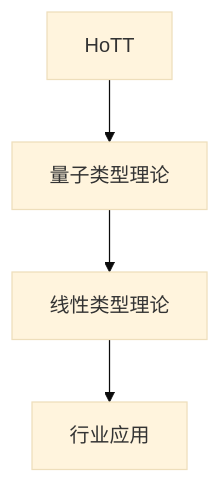
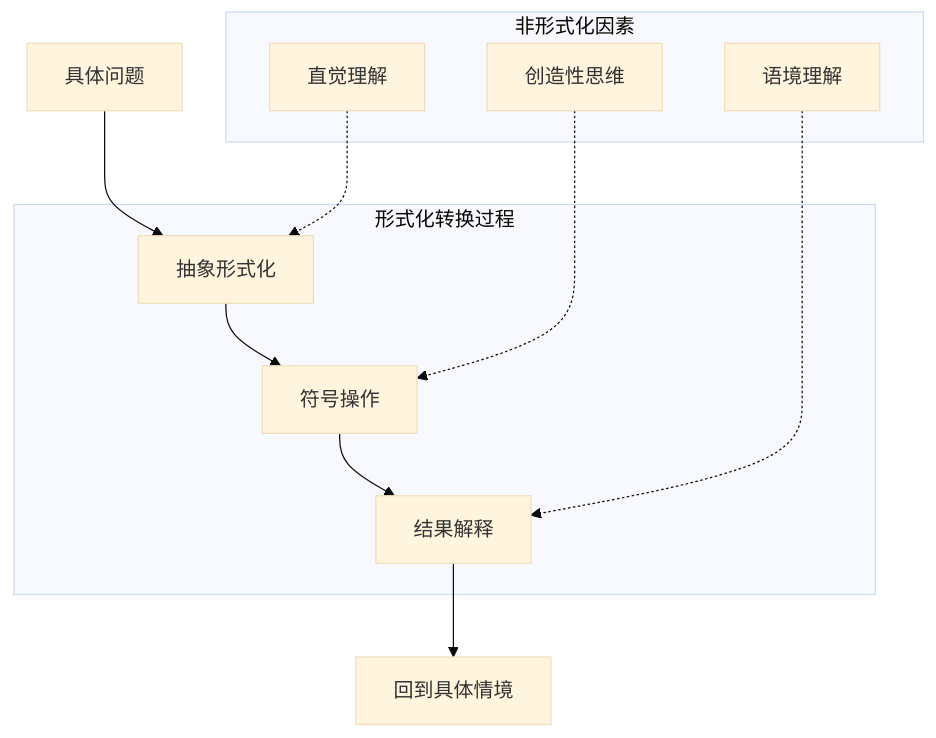
One commit to AdaMartin18010/Lean changed the first of 4 diagrams in analysis/1-形式化理论/1.x-其他形式化主题.md. Above: the diagram before and after it, drawn with Mermaid (base theme). The commit also changed other lines of this file and 20 other files, not shown here.

````diff
--- a/analysis/1-形式化理论/1.x-其他形式化主题.md
+++ b/analysis/1-形式化理论/1.x-其他形式化主题.md
@@ -54,6 +57,23 @@
 ```mermaid
 graph TD
-  A[HoTT] --> B[量子类型理论]
-  B --> C[线性类型理论]
-  C --> D[行业应用]
+    A[具体问题] --> B[抽象形式化]
+    B --> C[符号操作]
+    C --> D[结果解释]
+    D --> E[回到具体情境]
+    
+    F[直觉理解] -.-> B
+    G[创造性思维] -.-> C
+    H[语境理解] -.-> D
+    
+    subgraph "形式化转换过程"
+        B
+        C
+        D
+    end
+    
+    subgraph "非形式化因素"
+        F
+        G
+        H
+    end
 ```
````
